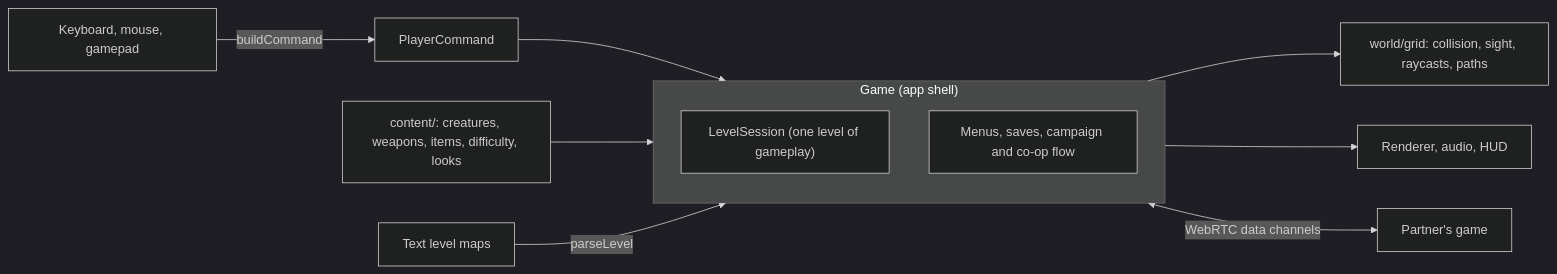
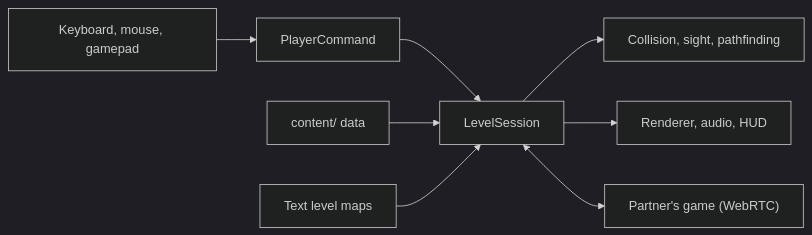
One commit to nurmuhammedkanybekov/remnant changed the first of 2 diagrams in README.md. Above: the diagram before and after it, drawn with Mermaid (dark theme). The commit also changed other lines of this file and 1 other file, not shown here.

First line of the commit message:
README rewritten in a plainer voice; fix the co-op diagram

````diff
--- a/README.md
+++ b/README.md
@@ -332,15 +213,10 @@
 ```mermaid
 flowchart LR
-    Input["Keyboard, mouse, gamepad"] -- buildCommand --> Cmd["PlayerCommand"]
-    Cmd --> Session
-    subgraph Game["Game (app shell)"]
-        direction TB
-        Menus["Menus, saves, campaign and co-op flow"]
-        Session["LevelSession (one level of gameplay)"]
-    end
-    Content["content/: creatures, weapons, items, difficulty, looks"] --> Session
-    Levels["Text level maps"] -- parseLevel --> Session
-    Session --> World["world/grid: collision, sight, raycasts, paths"]
-    Session --> Services["Renderer, audio, HUD"]
-    Session <-- "WebRTC data channels" --> Partner["Partner's game"]
+    Input["Keyboard, mouse, gamepad"] --> Cmd["PlayerCommand"]
+    Cmd --> Session["LevelSession"]
+    Content["content/ data"] --> Session
+    Levels["Text level maps"] --> Session
+    Session --> World["Collision, sight, pathfinding"]
+    Session --> Output["Renderer, audio, HUD"]
+    Session <--> Partner["Partner's game (WebRTC)"]
 ```
````
